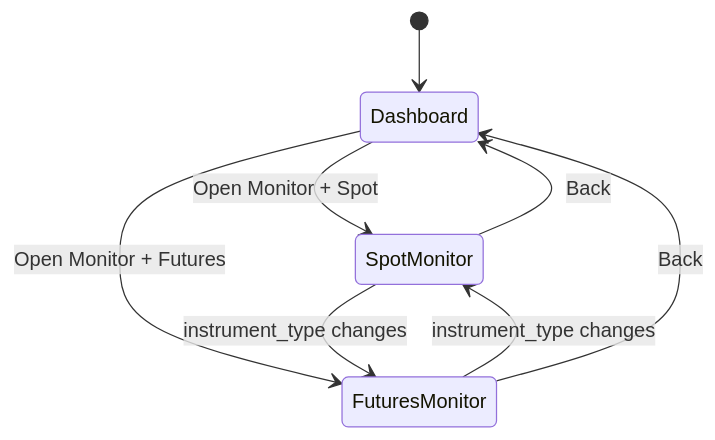
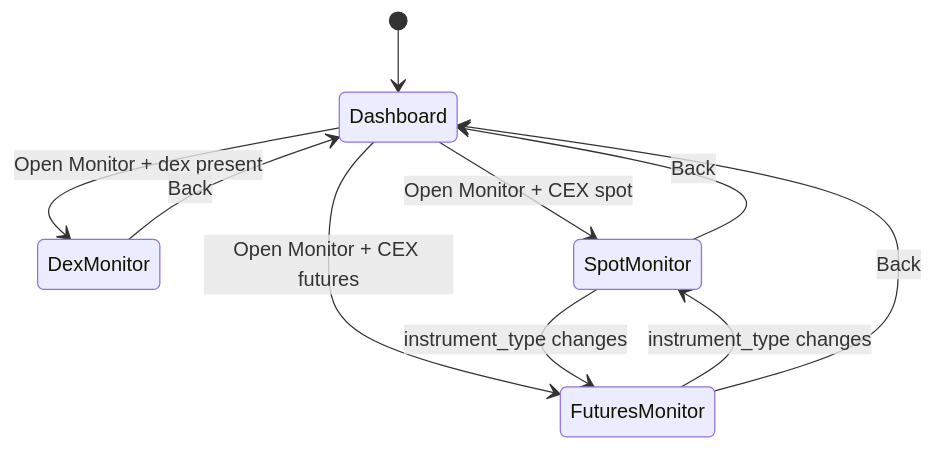
One commit to Kolzodev712/trading-system-ui changed the diagram in docs/architecture.md. Above: the diagram before and after it, drawn with Mermaid. The commit also changed other lines of this file and 33 other files, not shown here.

````diff
--- a/docs/architecture.md
+++ b/docs/architecture.md
@@ -55,10 +55,12 @@
 ```mermaid
 stateDiagram-v2
     [*] --> Dashboard
-    Dashboard --> SpotMonitor: Open Monitor + Spot
-    Dashboard --> FuturesMonitor: Open Monitor + Futures
+    Dashboard --> DexMonitor: Open Monitor + dex present
+    Dashboard --> SpotMonitor: Open Monitor + CEX spot
+    Dashboard --> FuturesMonitor: Open Monitor + CEX futures
     SpotMonitor --> FuturesMonitor: instrument_type changes
     FuturesMonitor --> SpotMonitor: instrument_type changes
+    DexMonitor --> Dashboard: Back
     SpotMonitor --> Dashboard: Back
     FuturesMonitor --> Dashboard: Back
 ```
````
